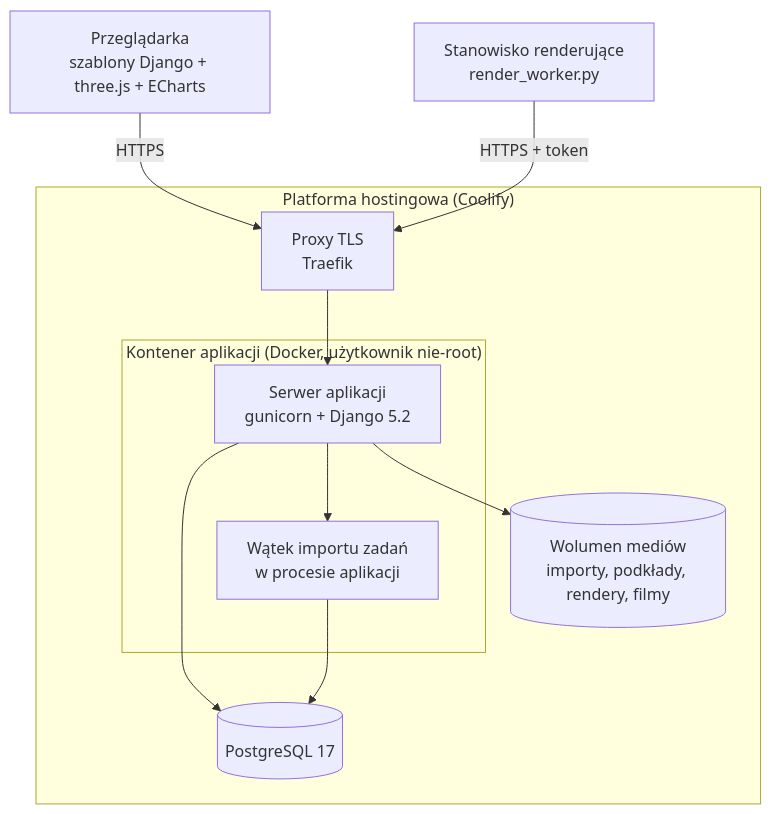
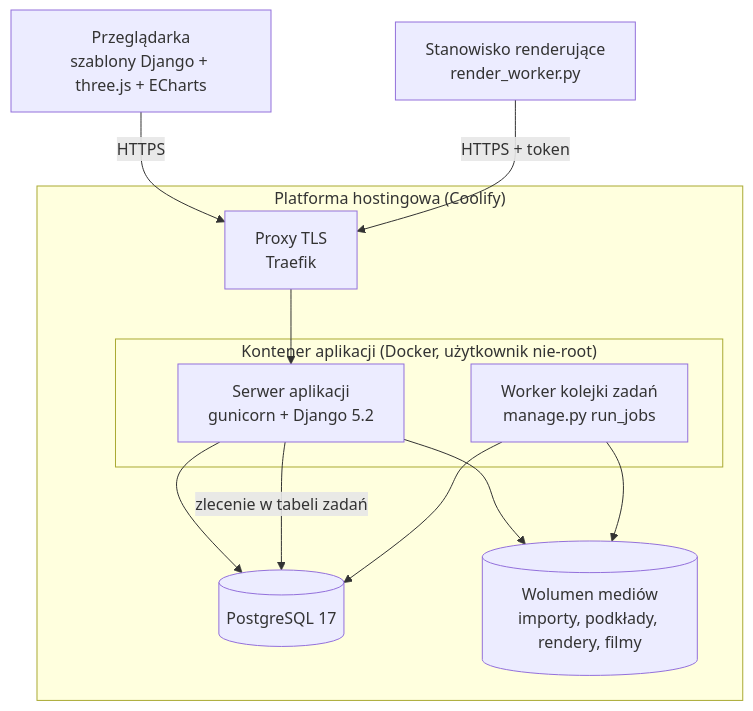
One commit to TomaszWu14/twinema-public changed the second of 2 diagrams in docs/architektura/ARCHITEKTURA.md. Above: the diagram before and after it, drawn with Mermaid. The commit also changed other lines of this file and 47 other files, not shown here.

````diff
--- a/docs/architektura/ARCHITEKTURA.md
+++ b/docs/architektura/ARCHITEKTURA.md
@@ -31,21 +31,22 @@
 ```mermaid
 flowchart TB
     subgraph PLAT["Platforma hostingowa (Coolify)"]
         PX["Proxy TLS<br/>Traefik"]
         subgraph CONT["Kontener aplikacji (Docker, użytkownik nie-root)"]
             GUN["Serwer aplikacji<br/>gunicorn + Django 5.2"]
-            THR["Wątek importu zadań<br/>w procesie aplikacji"]
+            THR["Worker kolejki zadań<br/>manage.py run_jobs"]
         end
         DB[("PostgreSQL 17")]
         MED[("Wolumen mediów<br/>importy, podkłady, rendery, filmy")]
     end
     BR["Przeglądarka<br/>szablony Django + three.js + ECharts"]
     WRK["Stanowisko renderujące<br/>render_worker.py"]
     BR -- "HTTPS" --> PX
     WRK -- "HTTPS + token" --> PX
     PX --> GUN
     GUN --> DB
     GUN --> MED
-    GUN --> THR
+    GUN -- "zlecenie w tabeli zadań" --> DB
     THR --> DB
+    THR --> MED
 ```
````
